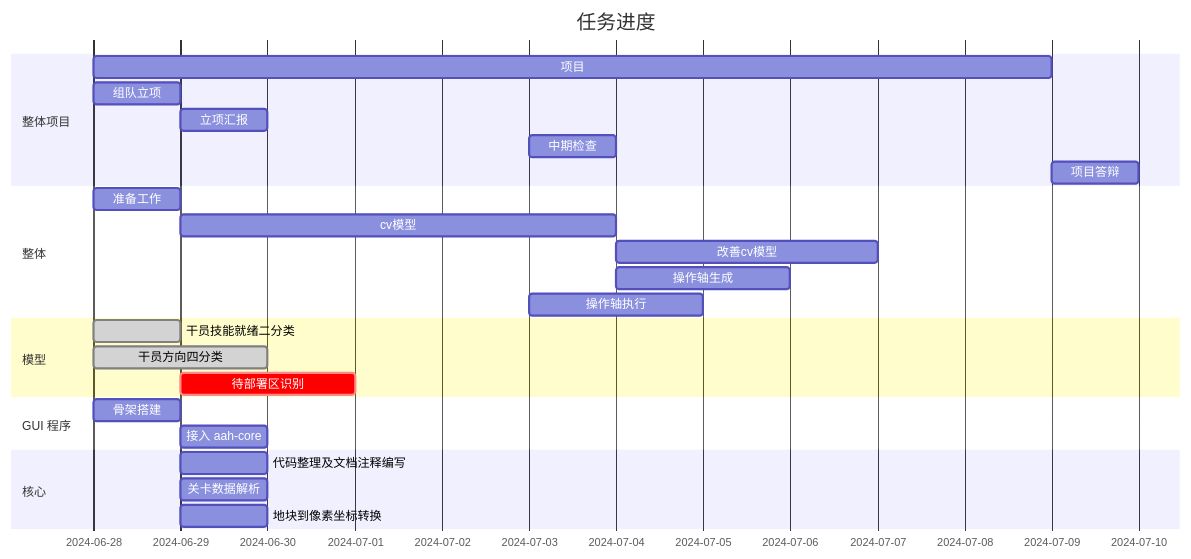
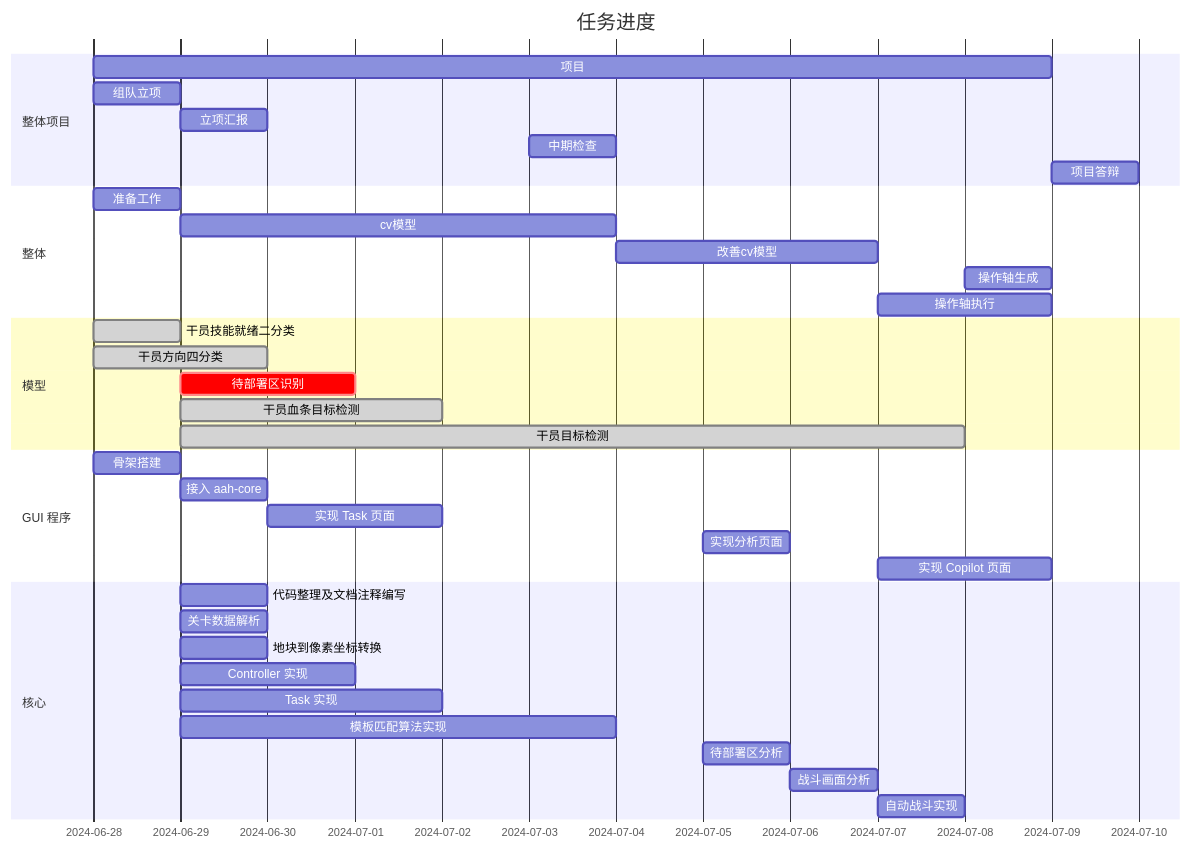
One commit to AzurIce/aah-gui changed the first of 3 diagrams in doc/小学期_edited_by_TBW.md. Above: the diagram before and after it, drawn with Mermaid. The commit also changed other lines of this file and 4 other files, not shown here.

Commit message:
update git graph and xb part

````diff
--- a/doc/小学期_edited_by_TBW.md
+++ b/doc/小学期_edited_by_TBW.md
@@ -1,28 +1,39 @@
 ```mermaid
 gantt
     title 任务进度
     dateFormat  YYYY-MM-DD
     section 整体项目
     项目											  :2024-06-28, 2024-07-09
     组队立项           								 :a1, 2024-06-28, 1d
     立项汇报           								 :a2, 2024-06-29, 1d
     中期检查                                         :a3, 2024-07-03, 1d
     项目答辩           								 :a4, 2024-07-09, 1d
     section 整体
     准备工作   :prepare, 2024-06-28, 1d
     cv模型    :cv, after prepare, 5d
     改善cv模型 :cvp, after cv, 3d
-    操作轴生成 :after cv, 2d
-    操作轴执行 :2024-07-03, 2d
+    操作轴生成 :2024-07-08, 1d
+    操作轴执行 :2024-07-07, 2d
     section 模型
     干员技能就绪二分类 :done, 2024-06-28, 1d
     干员方向四分类    :done, 2024-06-28, 2d
     待部署区识别      :crit, 2024-06-29, 2d
+    干员血条目标检测    :done, 2024-06-29, 3d
+    干员目标检测    :done, 2024-06-29, 9d
     section GUI 程序
-    骨架搭建      :2024-06-28, 1d
-    接入 aah-core :2024-06-29, 1d
+    骨架搭建          :2024-06-28, 1d
+    接入 aah-core    :2024-06-29, 1d
+    实现 Task 页面   :2024-06-30, 2d
+    实现分析页面       :2024-07-05, 1d
+    实现 Copilot 页面 :2024-07-07, 2d
     section 核心
     代码整理及文档注释编写 :2024-06-29, 1d
     关卡数据解析         :2024-06-29, 1d
     地块到像素坐标转换    :2024-06-29, 1d
+    Controller 实现 :2024-06-29, 2d
+    Task 实现 :2024-06-29, 3d
+    模板匹配算法实现 :2024-06-29, 5d
+    待部署区分析 :2024-07-05, 1d
+    战斗画面分析 :2024-07-06, 1d
+    自动战斗实现 :2024-07-07, 1d
 ```
````
